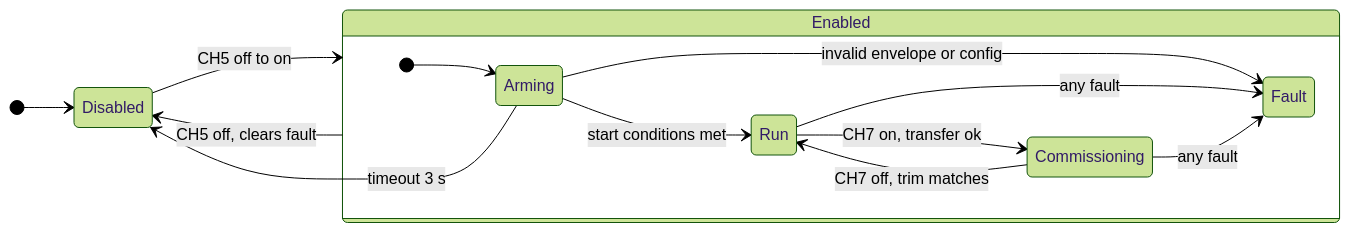
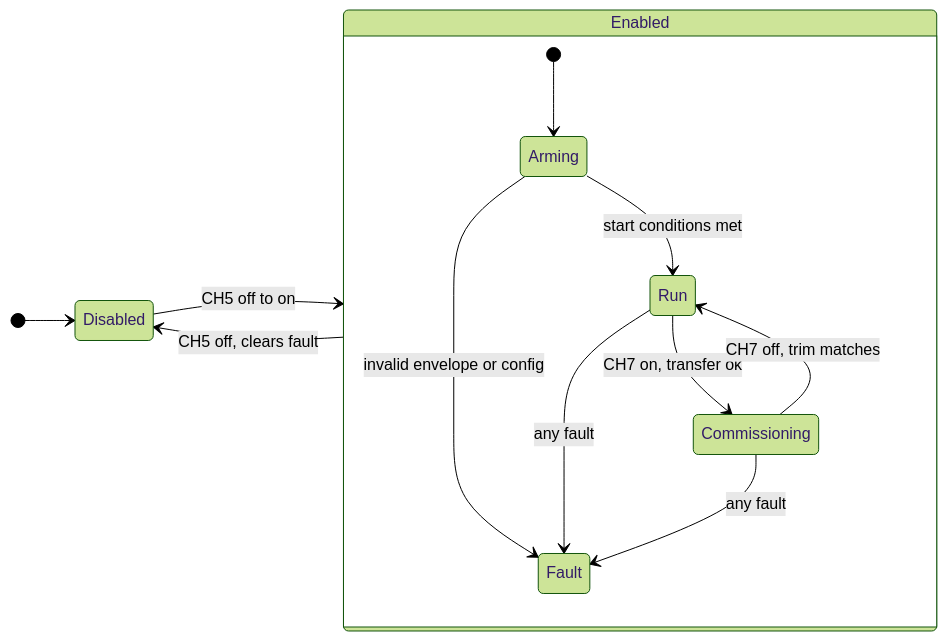
Before and after one commit to nikolasvoss/Navbot-ES02: the diagram in docs/robot/software/balance-controller.md, drawn with Mermaid (forest theme). The commit also changed other lines of this file and 4 other files, not shown here.

First line of the commit message:
feat(balance): remove the arming timeout so Arming waits until the start conditions hold

````diff
--- a/docs/robot/software/balance-controller.md
+++ b/docs/robot/software/balance-controller.md
@@ -27,18 +27,17 @@
 ```mermaid
 stateDiagram-v2
     direction LR
     [*] --> Disabled
     Disabled --> Enabled: CH5 off to on
     Enabled --> Disabled: CH5 off, clears fault
-    Arming --> Disabled: timeout 3 s
 
     state Enabled {
         [*] --> Arming
         Arming --> Run: start conditions met
         Arming --> Fault: invalid envelope or config
         Run --> Commissioning: CH7 on, transfer ok
         Commissioning --> Run: CH7 off, trim matches
         Run --> Fault: any fault
         Commissioning --> Fault: any fault
     }
 ```
````
